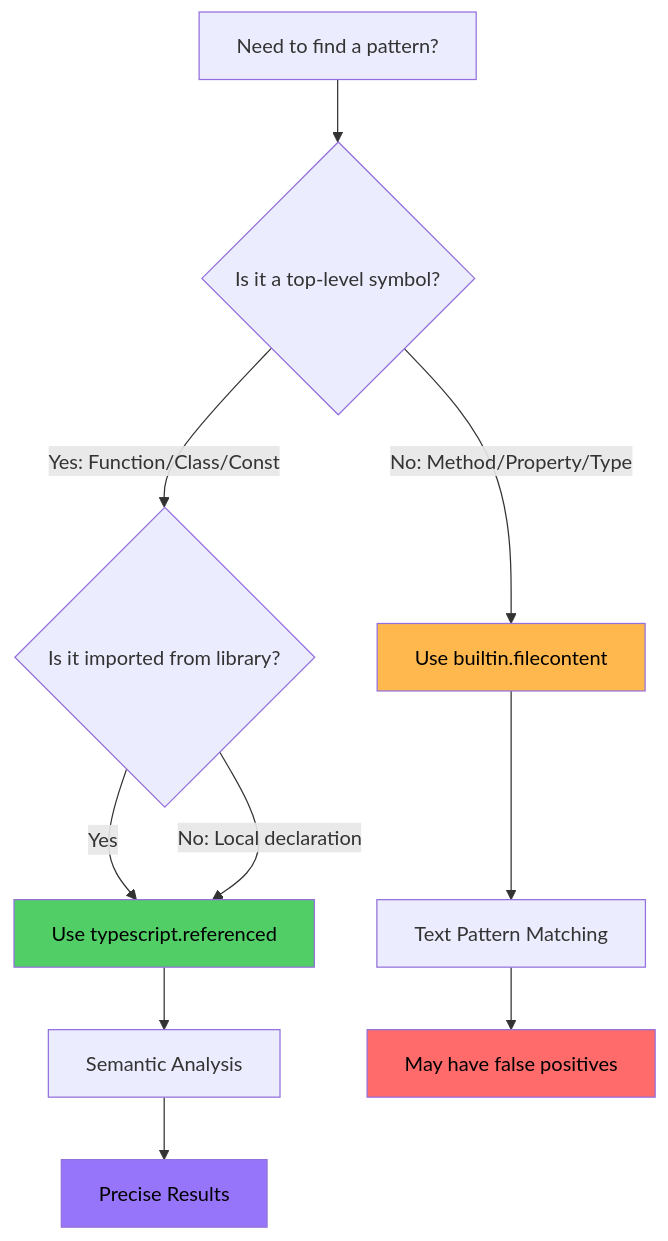
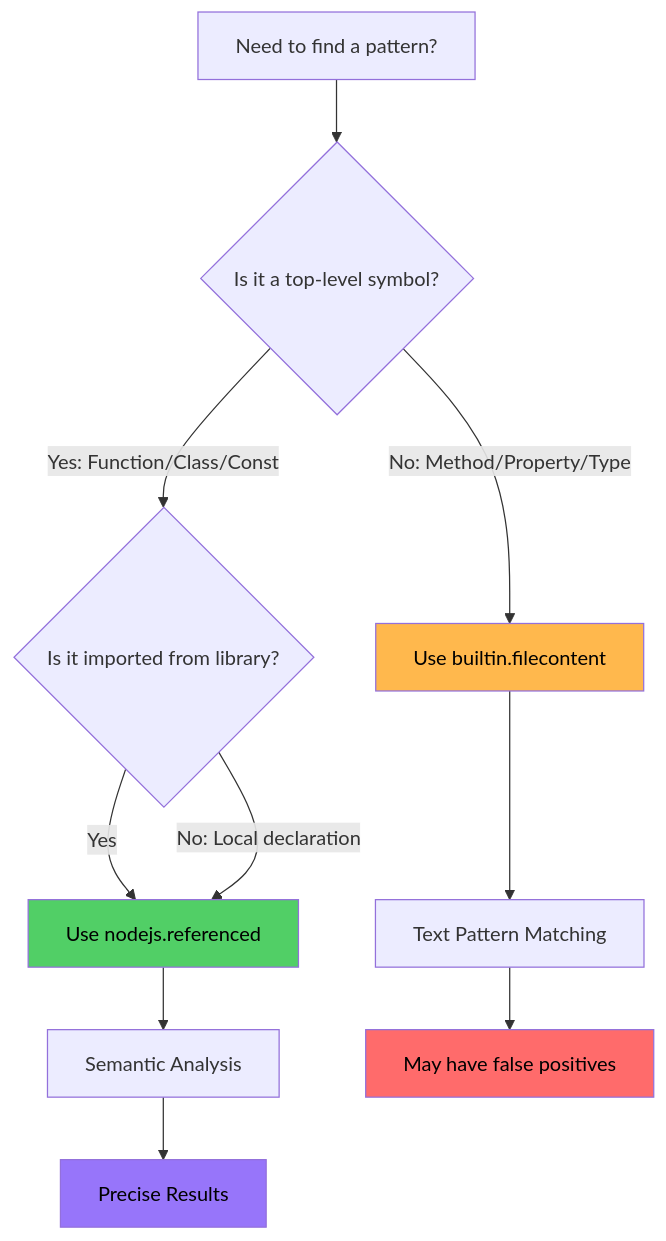
The diagram in _drafts/enhancing-ui-migrations-typescript-provider.md (tsanders-rh/tsanders-rh.github.io), drawn with Mermaid before and after one commit. The commit also changed other lines of this file, not shown here.

First line of the commit message:
Update blog to reference nodejs provider instead of TypeScript provider

```diff
--- a/_drafts/enhancing-ui-migrations-typescript-provider.md
+++ b/_drafts/enhancing-ui-migrations-typescript-provider.md
@@ -451,17 +453,17 @@
 <div class="mermaid">
 flowchart TD
     A[Need to find a pattern?] --> B{Is it a top-level symbol?}
     B -->|Yes: Function/Class/Const| C{Is it imported from library?}
     B -->|No: Method/Property/Type| D[Use builtin.filecontent]
-    C -->|Yes| E[Use typescript.referenced]
+    C -->|Yes| E[Use nodejs.referenced]
     C -->|No: Local declaration| E
     E --> F[Semantic Analysis]
     D --> G[Text Pattern Matching]
     F --> H[Precise Results]
     G --> I[May have false positives]
 
     style E fill:#51cf66,color:#000
     style D fill:#ffb84d,color:#000
     style H fill:#9775fa,color:#000
     style I fill:#ff6b6b,color:#000
 </div>
```
